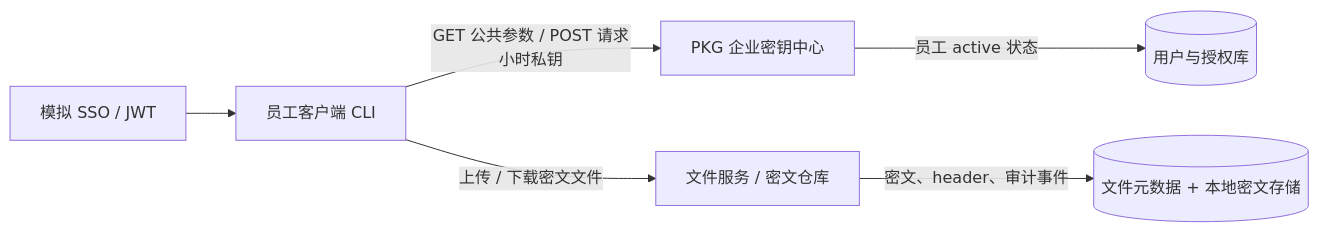
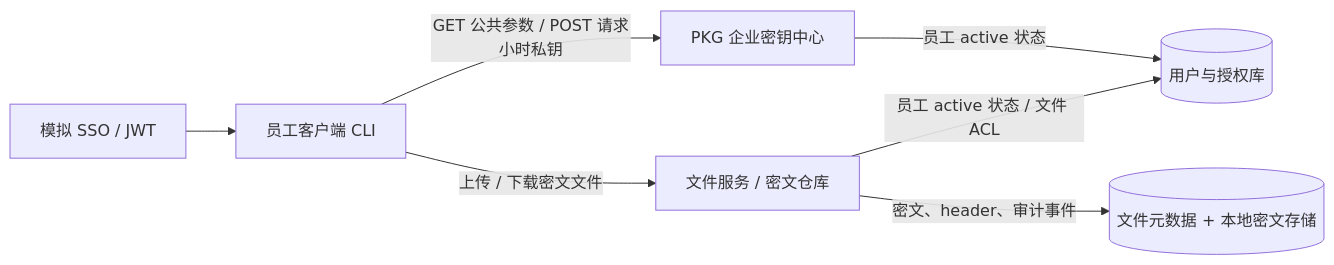
One commit to firfisa/BF-IBE changed the first of 7 diagrams in docs/diagrams.md. Above: the diagram before and after it, drawn with Mermaid. The commit also changed other lines of this file and 4 other files, not shown here.

````diff
--- a/docs/diagrams.md
+++ b/docs/diagrams.md
@@ -5,8 +5,9 @@
 ```mermaid
 flowchart LR
   SSO["模拟 SSO / JWT"] --> C["员工客户端 CLI"]
   C -->|"GET 公共参数 / POST 请求小时私钥"| PKG["PKG 企业密钥中心"]
   C -->|"上传 / 下载密文文件"| FS["文件服务 / 密文仓库"]
   PKG -->|"员工 active 状态"| UDB[("用户与授权库")]
+  FS -->|"员工 active 状态 / 文件 ACL"| UDB
   FS -->|"密文、header、审计事件"| FDB[("文件元数据 + 本地密文存储")]
 ```
````
